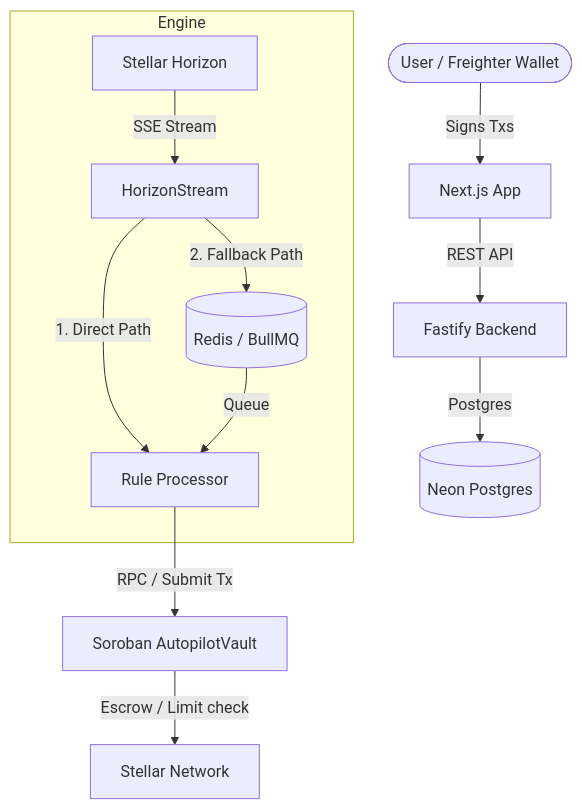
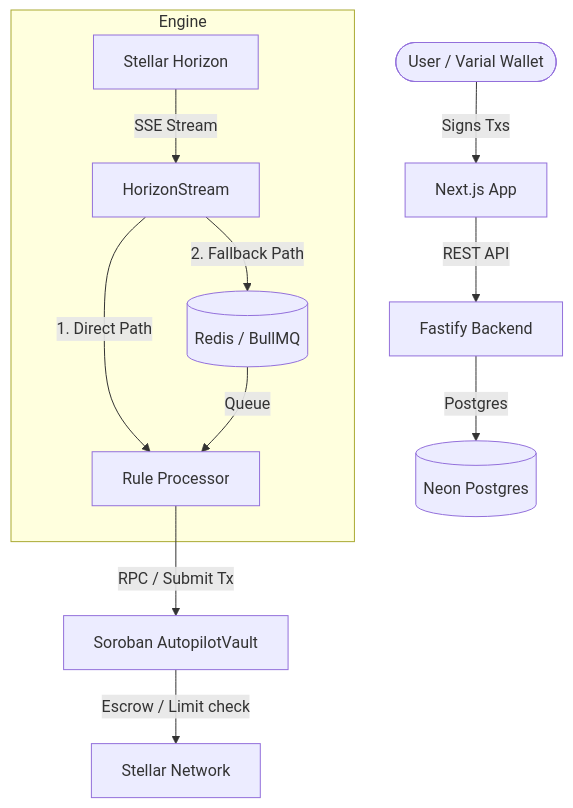
The fourth of 4 diagrams in README.md (thisisouvik/autopilot), drawn with Mermaid before and after one commit. The commit also changed other lines of this file and 11 other files, not shown here.

Commit message:
feat(wallet): migrate Freighter wallet integration to Varial Wallet SDK (@stellar/varial-sdk)

````diff
--- a/README.md
+++ b/README.md
@@ -462,16 +462,16 @@
 ```mermaid
 flowchart TD
-    User(["User / Freighter Wallet"]) -->|Signs Txs| Frontend["Next.js App"]
+    User(["User / Varial Wallet"]) -->|Signs Txs| Frontend["Next.js App"]
     Frontend -->|REST API| Backend["Fastify Backend"]
     Backend -->|Postgres| DB[("Neon Postgres")]
     
     subgraph Engine ["Engine"]
         Horizon["Stellar Horizon"] -->|SSE Stream| StreamWorker["HorizonStream"]
         StreamWorker -->|1. Direct Path| Processor["Rule Processor"]
         StreamWorker -->|2. Fallback Path| Redis[("Redis / BullMQ")]
         Redis -->|Queue| Processor
     end
     
     Processor -->|RPC / Submit Tx| Soroban["Soroban AutopilotVault"]
     Soroban -->|Escrow / Limit check| Stellar["Stellar Network"]
 ```
````
